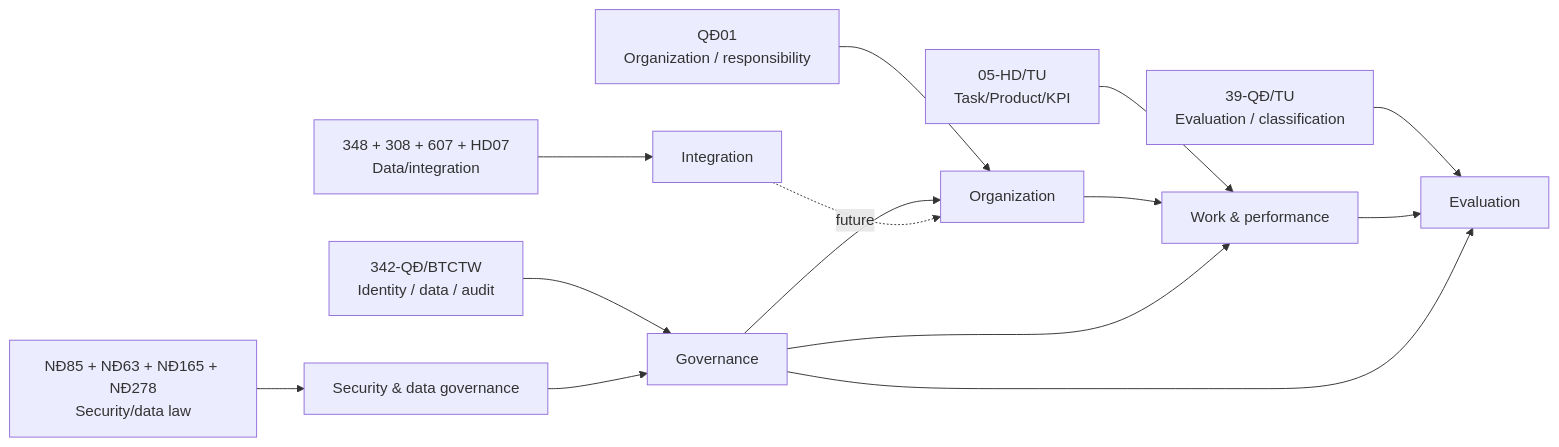
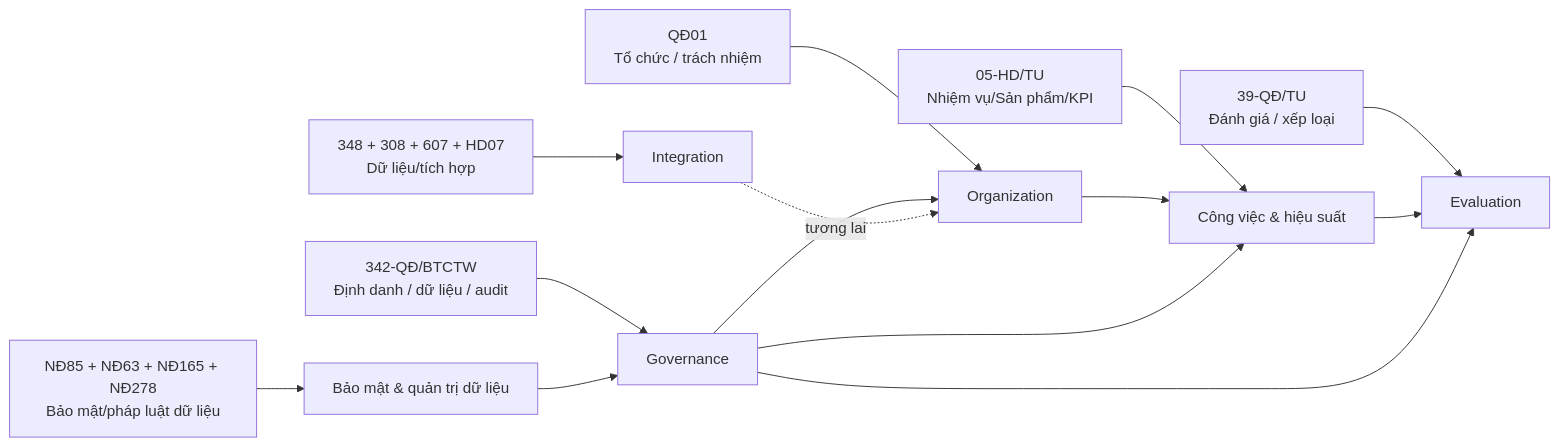
The diagram in docs/03-business/domain-map.md (chotr/BTCTU), drawn with Mermaid before and after one commit. The commit also changed other lines of this file and 48 other files, not shown here.

````diff
--- a/docs/03-business/domain-map.md
+++ b/docs/03-business/domain-map.md
@@ -5,23 +5,23 @@
 ```mermaid
 flowchart LR
   Q1["QĐ01
-Organization / responsibility"] --> ORG["Organization"]
+Tổ chức / trách nhiệm"] --> ORG["Organization"]
   H05["05-HD/TU
-Task/Product/KPI"] --> WORK["Work & performance"]
+Nhiệm vụ/Sản phẩm/KPI"] --> WORK["Công việc & hiệu suất"]
   Q39["39-QĐ/TU
-Evaluation / classification"] --> EVAL["Evaluation"]
+Đánh giá / xếp loại"] --> EVAL["Evaluation"]
   D342["342-QĐ/BTCTW
-Identity / data / audit"] --> GOV["Governance"]
+Định danh / dữ liệu / audit"] --> GOV["Governance"]
   INT["348 + 308 + 607 + HD07
-Data/integration"] --> CONN["Integration"]
+Dữ liệu/tích hợp"] --> CONN["Integration"]
   SEC["NĐ85 + NĐ63 + NĐ165 + NĐ278
-Security/data law"] --> SG["Security & data governance"]
+Bảo mật/pháp luật dữ liệu"] --> SG["Bảo mật & quản trị dữ liệu"]
 
   ORG --> WORK
   WORK --> EVAL
   GOV --> ORG
   GOV --> WORK
   GOV --> EVAL
-  CONN -. future .-> ORG
+  CONN -. tương lai .-> ORG
   SG --> GOV
 ```
````
